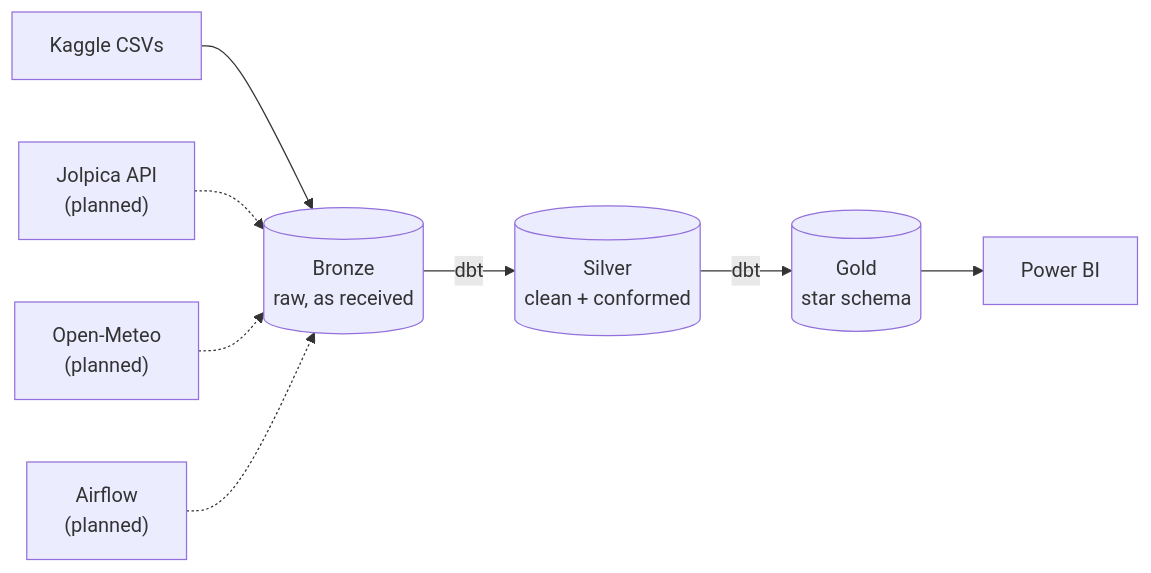
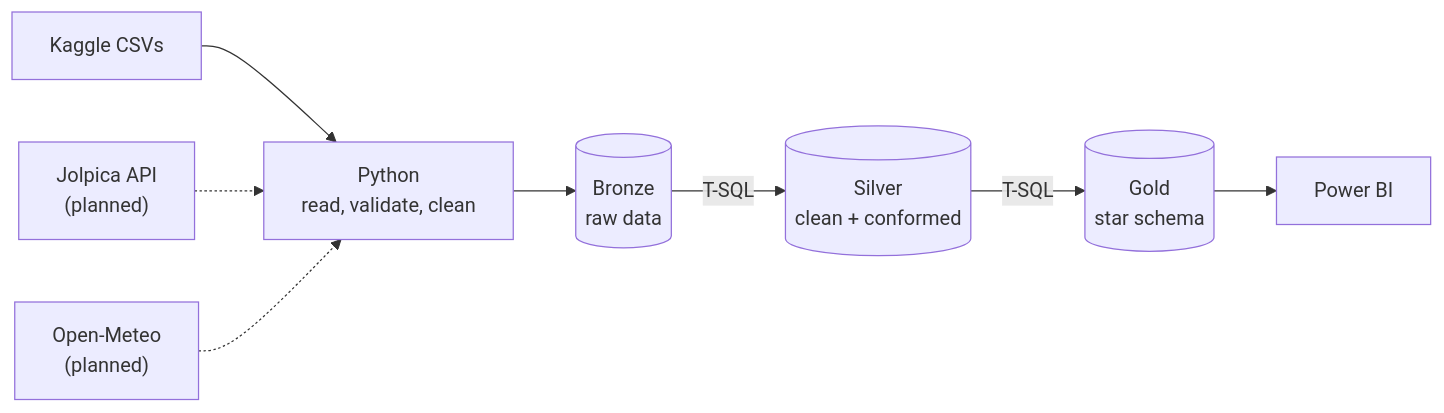
The diagram in README.md (Shreya-Reddy2004/f1-strategy-analytics), drawn with Mermaid before and after one commit. The commit also changed other lines of this file, not shown here.

````diff
--- a/README.md
+++ b/README.md
@@ -70,10 +48,10 @@
 ```mermaid
 flowchart LR
-    K["Kaggle CSVs"] --> B[("Bronze<br/>raw, as received")]
-    J["Jolpica API<br/>(planned)"] -.-> B
-    W["Open-Meteo<br/>(planned)"] -.-> B
-    B -->|dbt| S[("Silver<br/>clean + conformed")]
-    S -->|dbt| G[("Gold<br/>star schema")]
+    K["Kaggle CSVs"] --> PY["Python<br/>read, validate, clean"]
+    J["Jolpica API<br/>(planned)"] -.-> PY
+    W["Open-Meteo<br/>(planned)"] -.-> PY
+    PY --> B[("Bronze<br/>raw data")]
+    B -->|T-SQL| S[("Silver<br/>clean + conformed")]
+    S -->|T-SQL| G[("Gold<br/>star schema")]
     G --> P["Power BI"]
-    A["Airflow<br/>(planned)"] -.-> B
 ```
````
